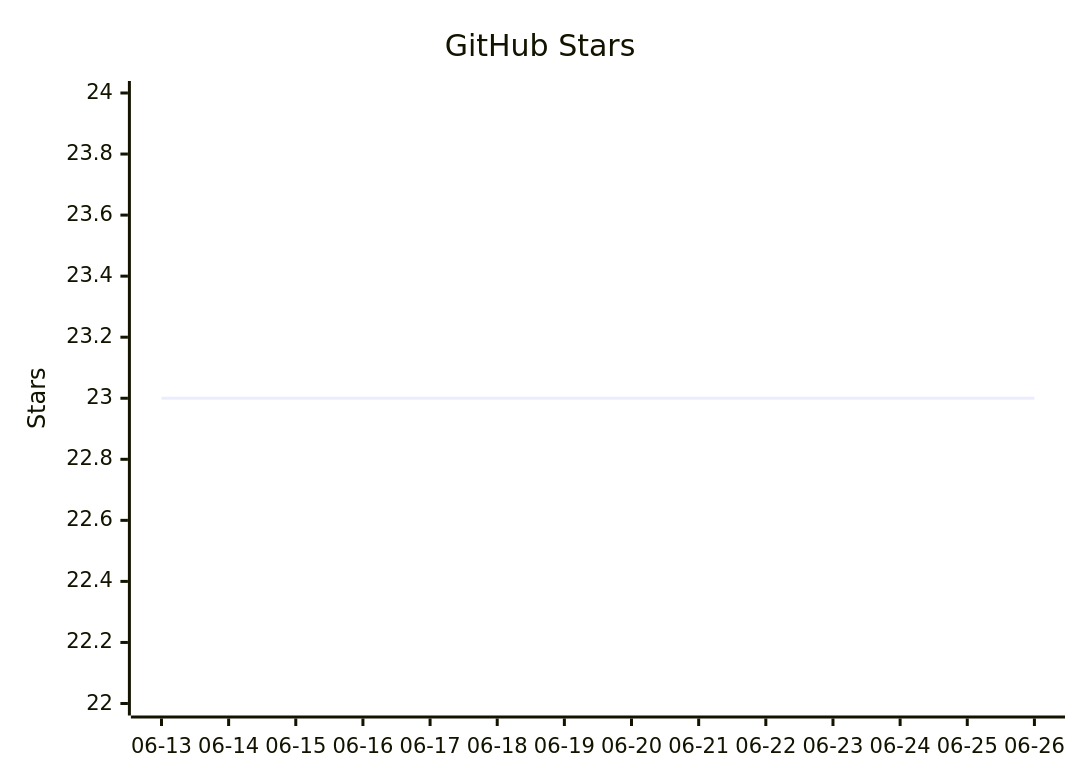
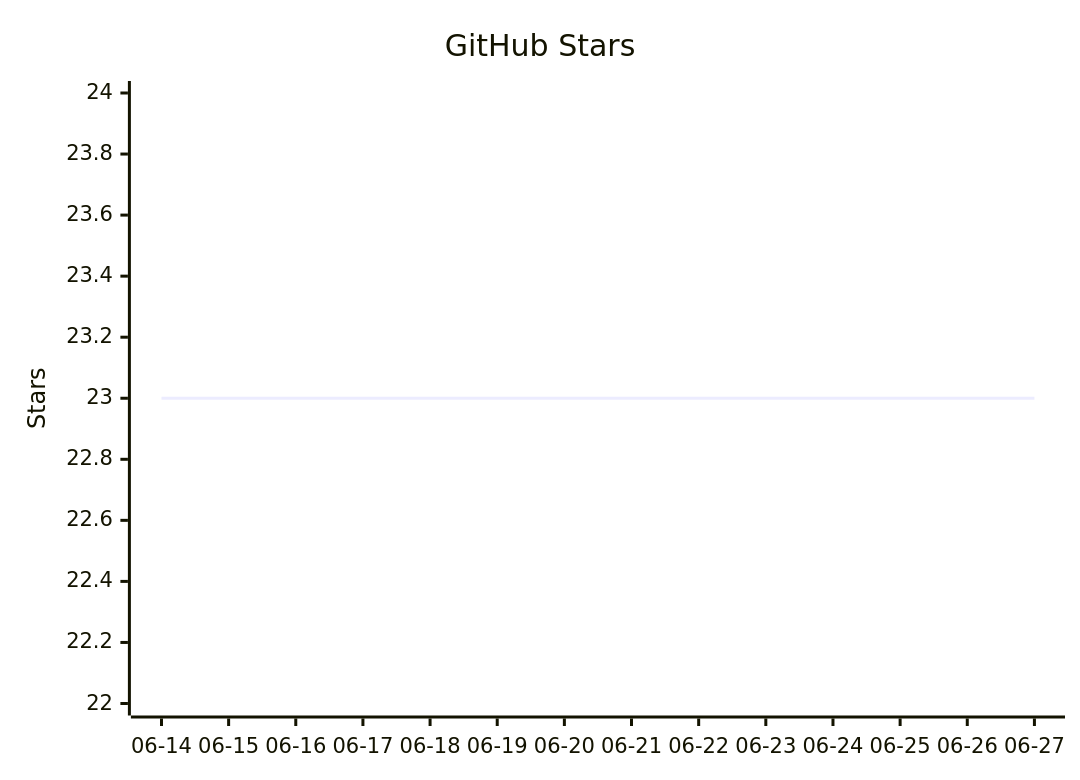
One commit to vectie/moonclaw changed the diagram in README.mbt.md. Above: the diagram before and after it, drawn with Mermaid. The commit also changed other lines of this file and 1 other file, not shown here.

Commit message:
Update README star growth

````diff
--- a/README.mbt.md
+++ b/README.mbt.md
@@ -613,7 +613,7 @@
 ```mermaid
 xychart-beta
     title "GitHub Stars"
-    x-axis ["06-13","06-14","06-15","06-16","06-17","06-18","06-19","06-20","06-21","06-22","06-23","06-24","06-25","06-26"]
+    x-axis ["06-14","06-15","06-16","06-17","06-18","06-19","06-20","06-21","06-22","06-23","06-24","06-25","06-26","06-27"]
     y-axis "Stars" 22 --> 24
     line [23,23,23,23,23,23,23,23,23,23,23,23,23,23]
 ```
````
